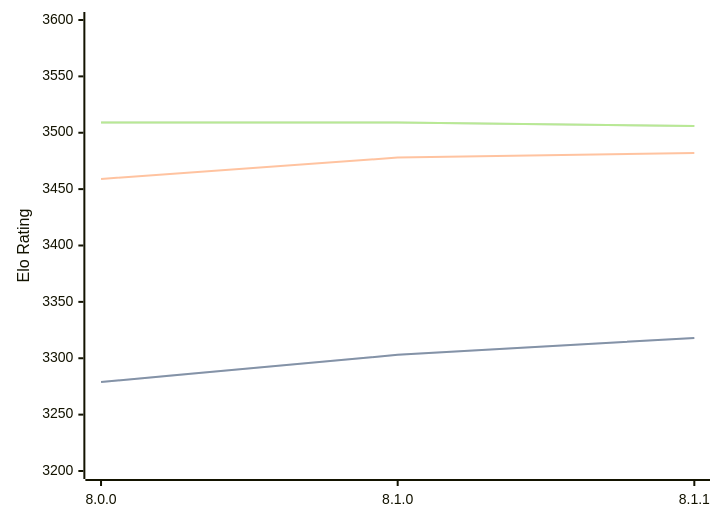
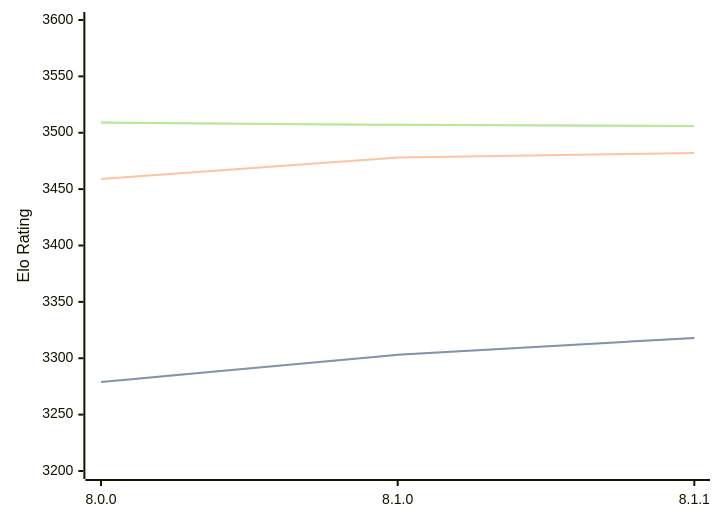
The diagram in engines/Velvet.md (computer-chess-index/cci), drawn with Mermaid before and after one commit. The commit also changed other lines of this file, not shown here.

Commit message:
Update CCI Ratings (ELO VLTC) - 2026-04-21

````diff
--- a/engines/Velvet.md
+++ b/engines/Velvet.md
@@ -57,11 +57,11 @@
 ```mermaid
 %%{init: {"theme":"base","themeVariables":{"seriesColors:['#a3a3a3','#222221','#faa371']}}}%%
 xychart-beta
   x-axis ["8.0.0", "8.1.0", "8.1.1"]
   y-axis "Elo Rating" 3200 --> 3600
   line "STC (8.0+0.08s)" [3279, 3303, 3318]
   line "STC (8.0+0.08s)" [3279, 3303, 3318]
   line "LTC (60.0+0.60s)" [3459, 3478, 3482]
-  line "VLTC (2m24s+1.12s)" [3509, 3509, 3506]
-  line "VLTC (2m24s+1.12s)" [3509, 3509, 3506]
+  line "VLTC (2m24s+1.12s)" [3509, 3507, 3506]
+  line "VLTC (2m24s+1.12s)" [3509, 3507, 3506]
 ```
````
